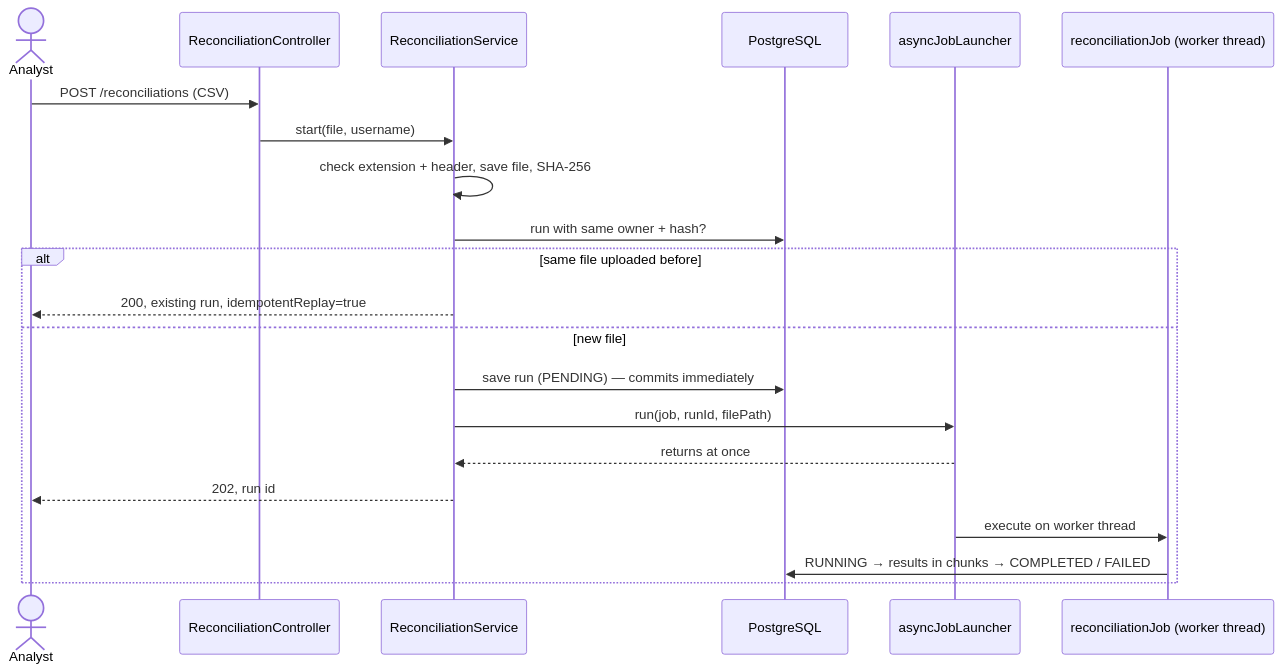
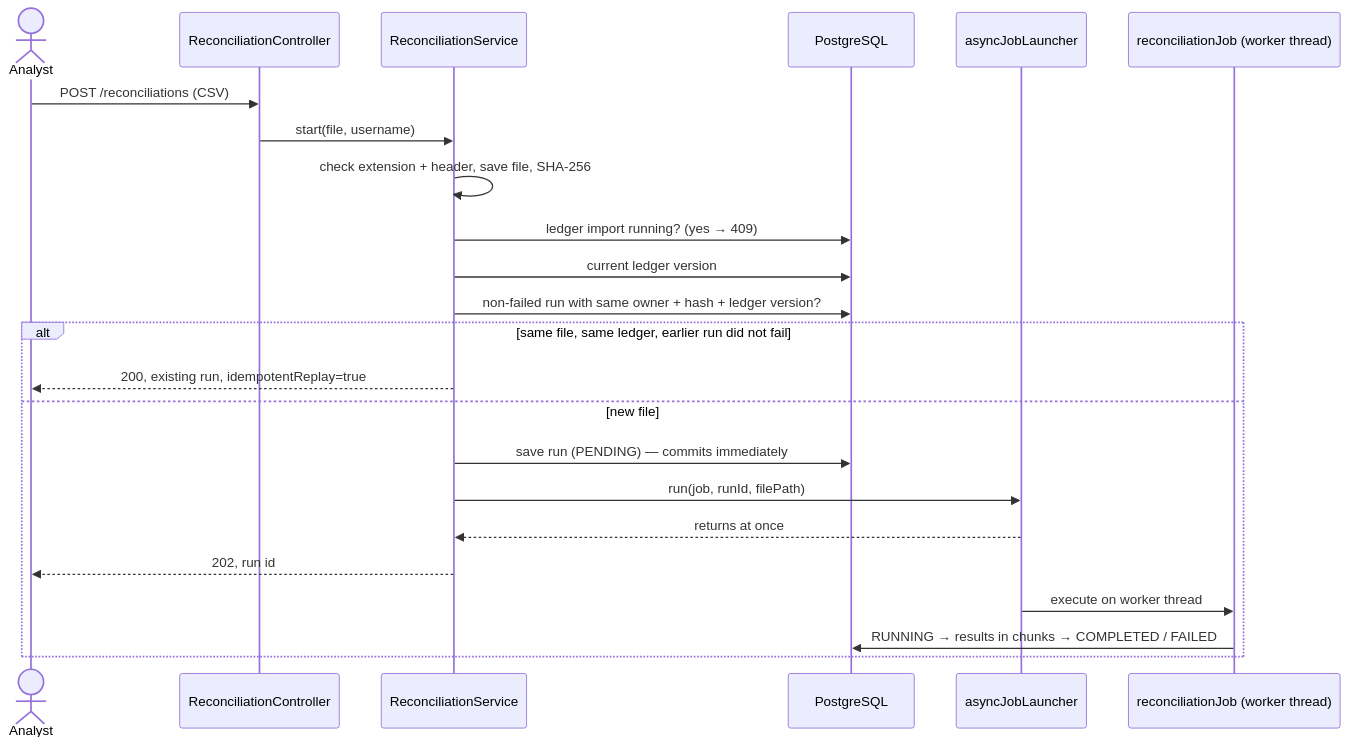
One commit to YashwardhanV/Balance-Trail changed the second of 5 diagrams in docs/ARCHITECTURE.md. Above: the diagram before and after it, drawn with Mermaid. The commit also changed other lines of this file and 122 other files, not shown here.

````diff
--- a/docs/ARCHITECTURE.md
+++ b/docs/ARCHITECTURE.md
@@ -30,24 +30,26 @@
 ```mermaid
 sequenceDiagram
     actor Analyst
     participant API as ReconciliationController
     participant Svc as ReconciliationService
     participant DB as PostgreSQL
     participant Launcher as asyncJobLauncher
     participant Job as reconciliationJob (worker thread)
 
     Analyst->>API: POST /reconciliations (CSV)
     API->>Svc: start(file, username)
     Svc->>Svc: check extension + header, save file, SHA-256
-    Svc->>DB: run with same owner + hash?
-    alt same file uploaded before
+    Svc->>DB: ledger import running? (yes → 409)
+    Svc->>DB: current ledger version
+    Svc->>DB: non-failed run with same owner + hash + ledger version?
+    alt same file, same ledger, earlier run did not fail
         Svc-->>Analyst: 200, existing run, idempotentReplay=true
     else new file
         Svc->>DB: save run (PENDING) — commits immediately
         Svc->>Launcher: run(job, runId, filePath)
         Launcher-->>Svc: returns at once
         Svc-->>Analyst: 202, run id
         Launcher->>Job: execute on worker thread
         Job->>DB: RUNNING → results in chunks → COMPLETED / FAILED
     end
 ```
````
